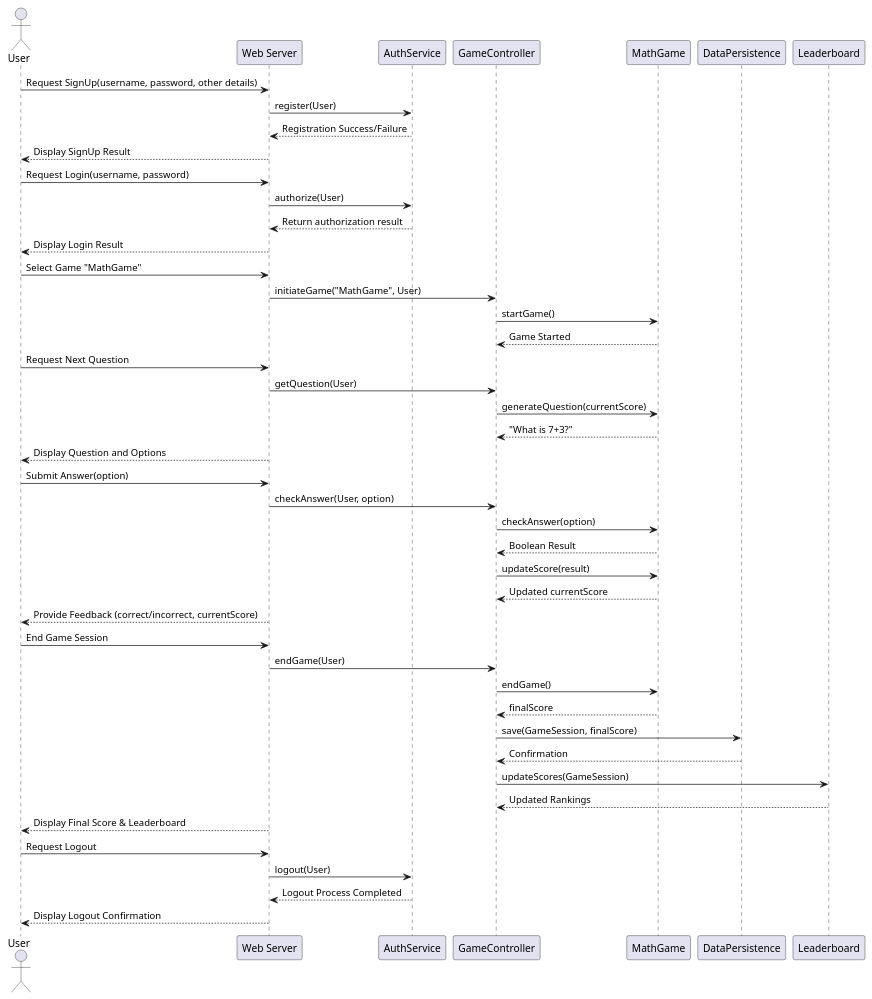
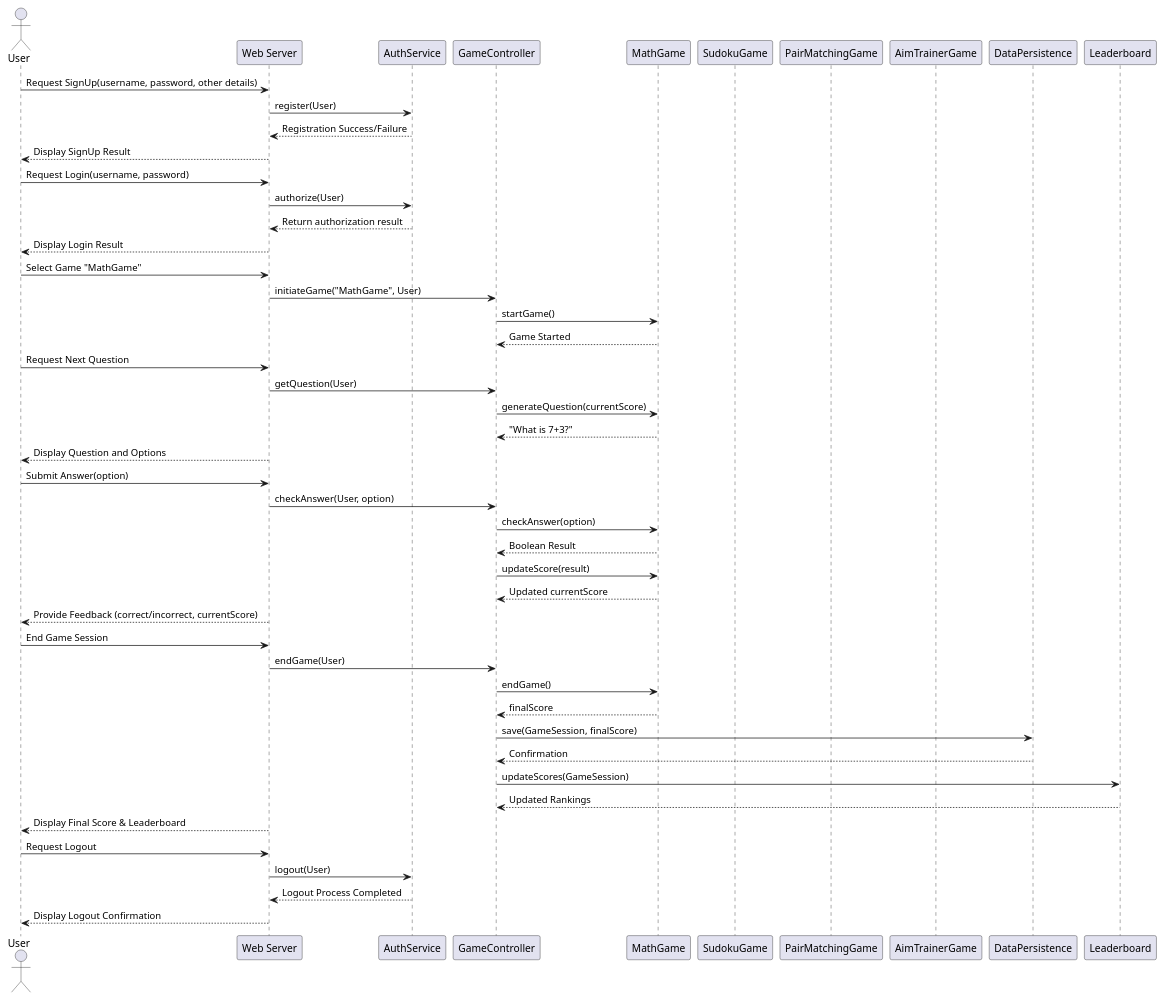
The diagram in Diagrams/sequence_diagram.puml (mykolas-alt/Komanda-1), drawn with PlantUML before and after one commit. The commit also changed 2 other files, not shown here.

```diff
--- a/Diagrams/sequence_diagram.puml
+++ b/Diagrams/sequence_diagram.puml
@@ -1,64 +1,67 @@
 @startuml
 actor "User" as User
 participant "Web Server" as Server
 participant "AuthService" as Auth
 participant "GameController" as GameCtrl
 participant "MathGame" as MathGame
+participant "SudokuGame" as Sudoku
+participant "PairMatchingGame" as PairMatch
+participant "AimTrainerGame" as AimTrainer
 participant "DataPersistence" as DB
 participant "Leaderboard" as LB
 
 ' =================== Authentication Flow ===================
 ' ---- Sign Up Flow ----
 User -> Server: Request SignUp(username, password, other details)
 Server -> Auth: register(User)
 Auth --> Server: Registration Success/Failure
 Server --> User: Display SignUp Result
 
 ' ---- Login Flow ----
 User -> Server: Request Login(username, password)
 Server -> Auth: authorize(User)
 Auth --> Server: Return authorization result
 Server --> User: Display Login Result
 
 ' =================== Game Selection and Play ===================
 ' ---- Game Selection ----
 User -> Server: Select Game "MathGame"
 Server -> GameCtrl: initiateGame("MathGame", User)
 GameCtrl -> MathGame: startGame()
 MathGame --> GameCtrl: Game Started
 
 ' ---- Game Play Loop ----
 User -> Server: Request Next Question
 Server -> GameCtrl: getQuestion(User)
 GameCtrl -> MathGame: generateQuestion(currentScore)
 MathGame --> GameCtrl: "What is 7+3?" 
 Server --> User: Display Question and Options
 
 User -> Server: Submit Answer(option)
 Server -> GameCtrl: checkAnswer(User, option)
 GameCtrl -> MathGame: checkAnswer(option)
 MathGame --> GameCtrl: Boolean Result
 GameCtrl -> MathGame: updateScore(result)
 MathGame --> GameCtrl: Updated currentScore
 Server --> User: Provide Feedback (correct/incorrect, currentScore)
 
 ' (Loop these steps for multiple rounds)
 
 ' =================== Ending the Game Session ===================
 User -> Server: End Game Session
 Server -> GameCtrl: endGame(User)
 GameCtrl -> MathGame: endGame()
 MathGame --> GameCtrl: finalScore
 GameCtrl -> DB: save(GameSession, finalScore)
 DB --> GameCtrl: Confirmation
 GameCtrl -> LB: updateScores(GameSession)
 LB --> GameCtrl: Updated Rankings
 Server --> User: Display Final Score & Leaderboard
 
 ' =================== Logout Flow ===================
 User -> Server: Request Logout
 Server -> Auth: logout(User)
 Auth --> Server: Logout Process Completed
 Server --> User: Display Logout Confirmation
 
 @enduml
```
